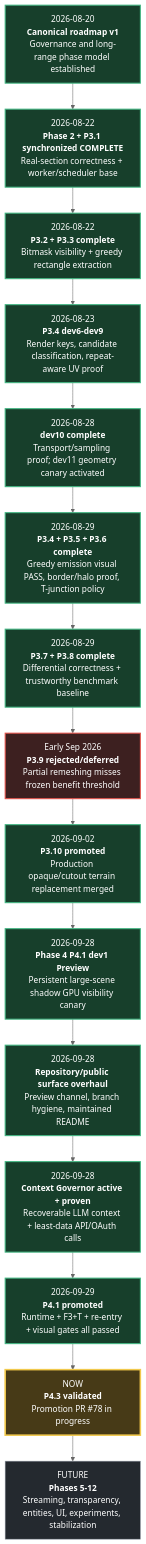
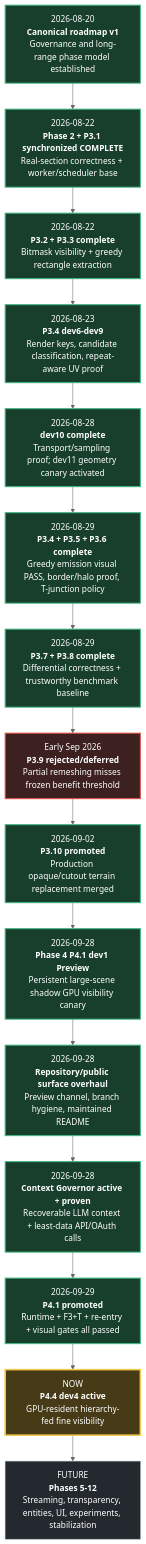
One commit to TrissTheBoss/Obsidian changed the second of 3 diagrams in TIMELINE.md. Above: the diagram before and after it, drawn with Mermaid (neutral theme). The commit also changed other lines of this file, not shown here.

Commit message:
[no-release] Activate Phase 4 P4.4 dev4

````diff
--- a/TIMELINE.md
+++ b/TIMELINE.md
@@ -55,30 +55,30 @@
 ```mermaid
 flowchart TD
     A["2026-08-20<br/><b>Canonical roadmap v1</b><br/>Governance and long-range phase model established"]
     B["2026-08-22<br/><b>Phase 2 + P3.1 synchronized COMPLETE</b><br/>Real-section correctness + worker/scheduler base"]
     C["2026-08-22<br/><b>P3.2 + P3.3 complete</b><br/>Bitmask visibility + greedy rectangle extraction"]
     D["2026-08-23<br/><b>P3.4 dev6-dev9</b><br/>Render keys, candidate classification, repeat-aware UV proof"]
     E["2026-08-28<br/><b>dev10 complete</b><br/>Transport/sampling proof; dev11 geometry canary activated"]
     F["2026-08-29<br/><b>P3.4 + P3.5 + P3.6 complete</b><br/>Greedy emission visual PASS, border/halo proof, T-junction policy"]
     G["2026-08-29<br/><b>P3.7 + P3.8 complete</b><br/>Differential correctness + trustworthy benchmark baseline"]
     H["Early Sep 2026<br/><b>P3.9 rejected/deferred</b><br/>Partial remeshing misses frozen benefit threshold"]
     I["2026-09-02<br/><b>P3.10 promoted</b><br/>Production opaque/cutout terrain replacement merged"]
     J["2026-09-28<br/><b>Phase 4 P4.1 dev1 Preview</b><br/>Persistent large-scene shadow GPU visibility canary"]
     K["2026-09-28<br/><b>Repository/public surface overhaul</b><br/>Preview channel, branch hygiene, maintained README"]
     L["2026-09-28<br/><b>Context Governor active + proven</b><br/>Recoverable LLM context + least-data API/OAuth calls"]
     M["2026-09-29<br/><b>P4.1 promoted</b><br/>Runtime + F3+T + re-entry + visual gates all passed"]
-    N["NOW<br/><b>P4.3 validated</b><br/>Promotion PR #78 in progress"]
+    N["NOW<br/><b>P4.4 dev4 active</b><br/>GPU-resident hierarchy-fed fine visibility"]
     O["FUTURE<br/><b>Phases 5-12</b><br/>Streaming, transparency, entities, UI, experiments, stabilization"]
 
     A --> B --> C --> D --> E --> F --> G --> H --> I --> J --> K --> L --> M --> N --> O
 
     classDef done fill:#173f2b,stroke:#42b883,color:#ffffff,stroke-width:2px;
     classDef rejected fill:#3d2020,stroke:#e5534b,color:#ffffff,stroke-width:2px;
     classDef active fill:#473a17,stroke:#f2c94c,color:#ffffff,stroke-width:3px;
     classDef future fill:#24292f,stroke:#8c959f,color:#ffffff,stroke-width:1px;
 
     class A,B,C,D,E,F,G,I,J,K,L,M done;
     class H rejected;
     class N active;
     class O future;
 ```
````
